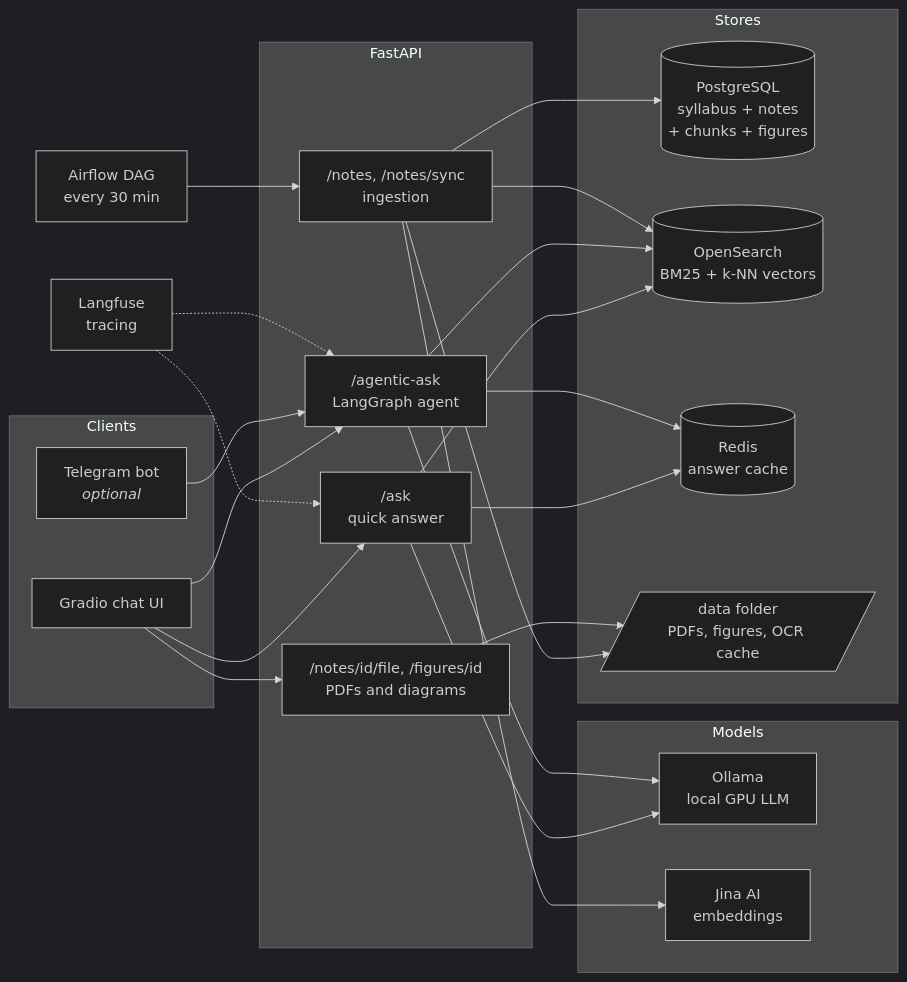
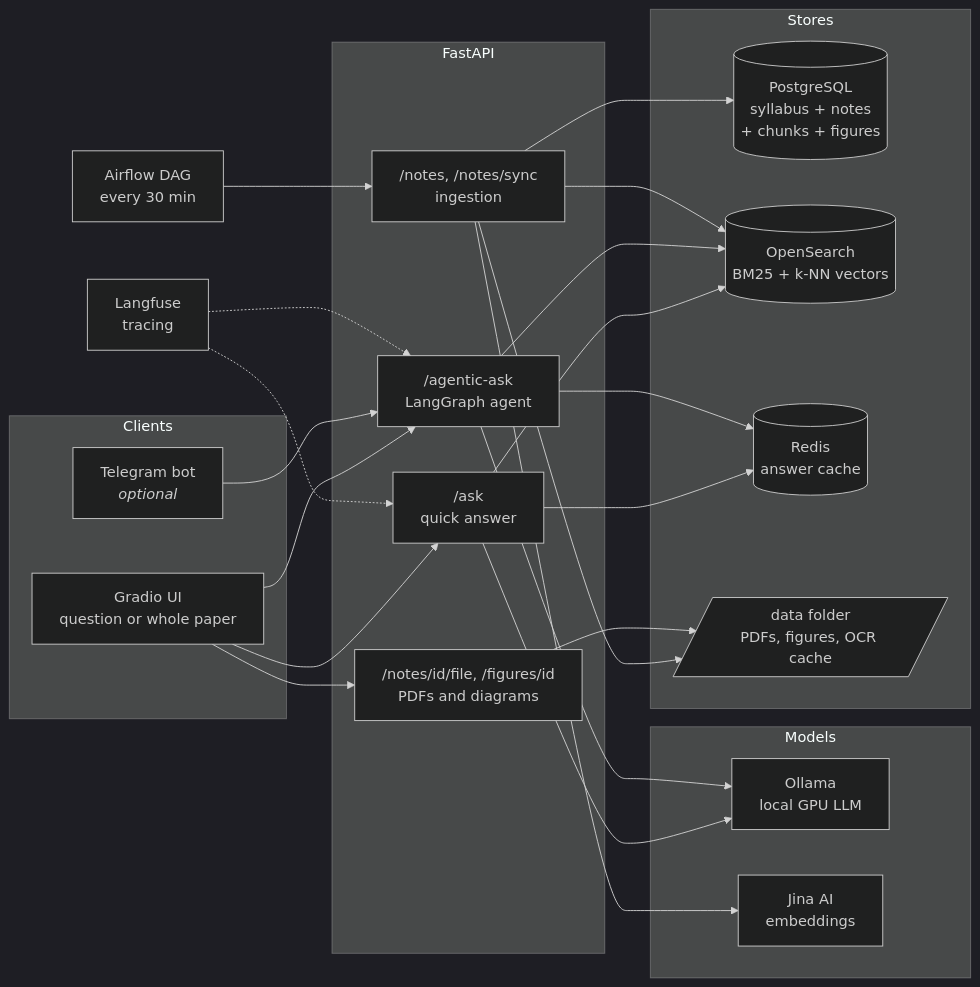
The first of 6 diagrams in README.md (ProblematicPP/vtu-rag-assistant), drawn with Mermaid (dark theme) before and after one commit. The commit also changed other lines of this file, not shown here.

Commit message:
Document question-paper answering in the README

````diff
--- a/README.md
+++ b/README.md
@@ -46,37 +49,37 @@
 ```mermaid
 flowchart LR
     subgraph Clients
-        G[Gradio chat UI]
+        G[Gradio UI<br/>question or whole paper]
         T[Telegram bot<br/><i>optional</i>]
     end
 
     subgraph API["FastAPI"]
         ASK["/ask<br/>quick answer"]
         AGENT["/agentic-ask<br/>LangGraph agent"]
         NOTES["/notes, /notes/sync<br/>ingestion"]
         FILES["/notes/id/file, /figures/id<br/>PDFs and diagrams"]
     end
 
     subgraph Stores
         PG[(PostgreSQL<br/>syllabus + notes<br/>+ chunks + figures)]
         OS[(OpenSearch<br/>BM25 + k-NN vectors)]
         RD[(Redis<br/>answer cache)]
         FS[/data folder<br/>PDFs, figures, OCR cache/]
     end
 
     subgraph Models
         OL[Ollama<br/>local GPU LLM]
         JI[Jina AI<br/>embeddings]
     end
 
     G --> ASK & AGENT & FILES
     T --> AGENT
     ASK & AGENT --> OS
     ASK & AGENT --> RD
     ASK & AGENT --> OL
     NOTES --> PG & OS & FS
     NOTES --> JI
     FILES --> FS
     AIR[Airflow DAG<br/>every 30 min] --> NOTES
     LF[Langfuse<br/>tracing] -.-> ASK & AGENT
 ```
````
